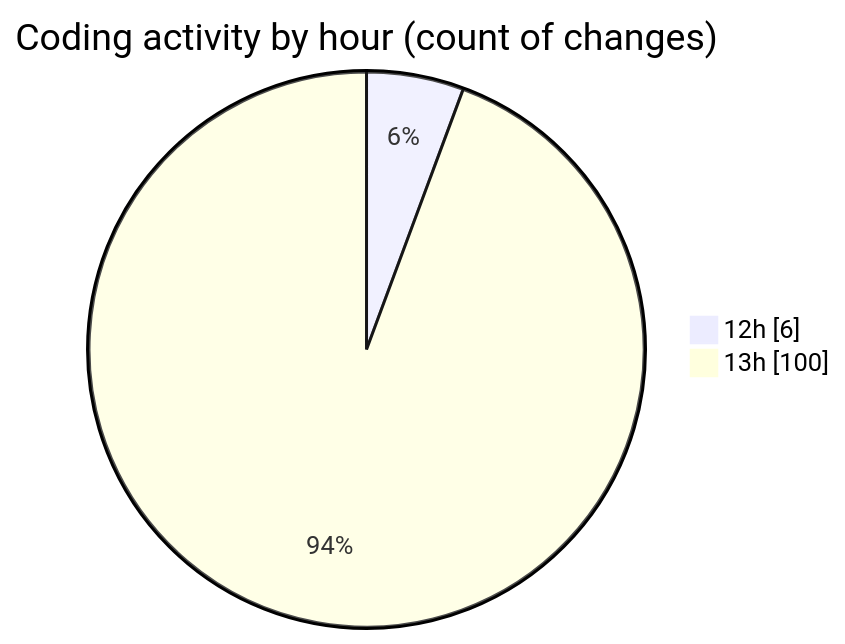
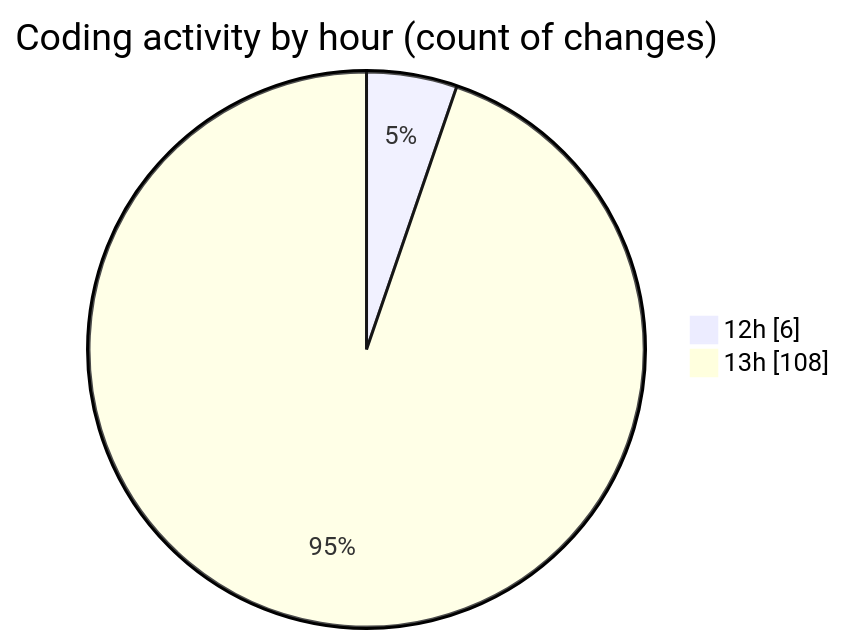
One commit to Ritupan-Deka/code-tracking changed the second of 2 diagrams in 2025-10-19/typescript/README.md. Above: the diagram before and after it, drawn with Mermaid. The commit also changed other lines of this file and 1 other file, not shown here.

````diff
--- a/2025-10-19/typescript/README.md
+++ b/2025-10-19/typescript/README.md
@@ -29,6 +29,6 @@
 ```mermaid
 pie showData
 title Coding activity by hour (count of changes)
 "12h" : 6
-"13h" : 100
+"13h" : 108
 ```
````
